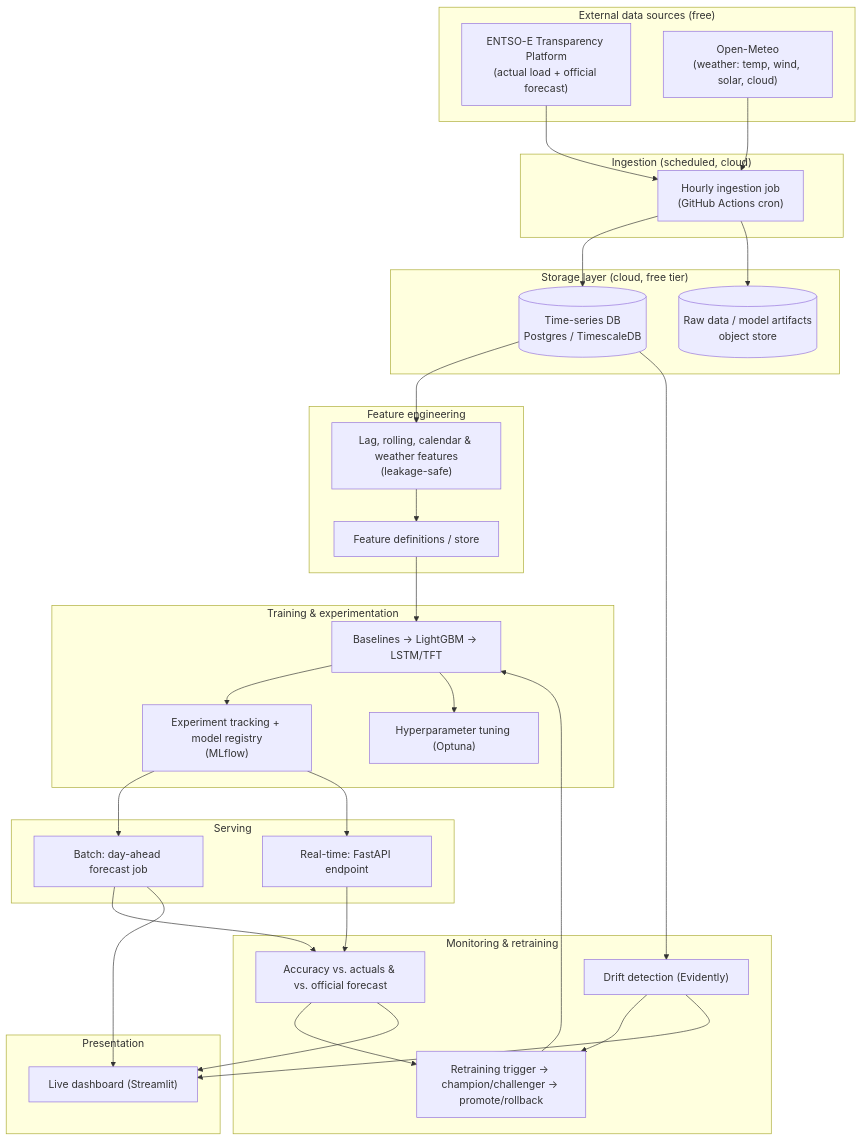
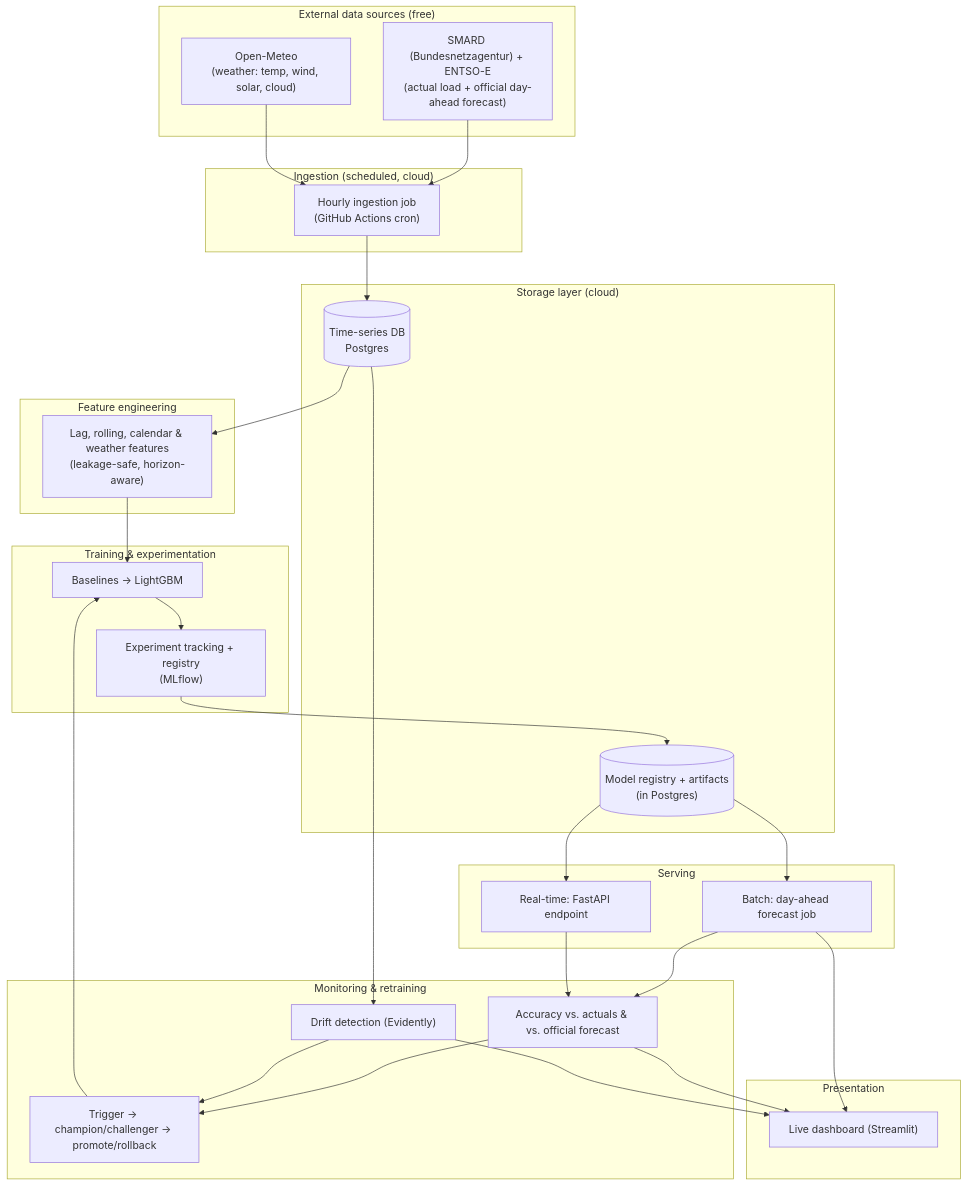
The diagram in README.md (laabidi-ahmed-ai/germany-electricity-load-forecasting-mlops), drawn with Mermaid before and after one commit. The commit also changed other lines of this file, not shown here.

````diff
--- a/README.md
+++ b/README.md
@@ -87,63 +75,59 @@
 ```mermaid
 flowchart TD
     subgraph Sources["External data sources (free)"]
-        A1["ENTSO-E Transparency Platform<br/>(actual load + official forecast)"]
+        A1["SMARD (Bundesnetzagentur) + ENTSO-E<br/>(actual load + official day-ahead forecast)"]
         A2["Open-Meteo<br/>(weather: temp, wind, solar, cloud)"]
     end
 
     subgraph Ingestion["Ingestion (scheduled, cloud)"]
         B1["Hourly ingestion job<br/>(GitHub Actions cron)"]
     end
 
-    subgraph Storage["Storage layer (cloud, free tier)"]
-        C1[("Time-series DB<br/>Postgres / TimescaleDB")]
-        C2[("Raw data / model artifacts<br/>object store")]
+    subgraph Storage["Storage layer (cloud)"]
+        C1[("Time-series DB<br/>Postgres")]
+        C2[("Model registry + artifacts<br/>(in Postgres)")]
     end
 
     subgraph Features["Feature engineering"]
-        D1["Lag, rolling, calendar & weather features<br/>(leakage-safe)"]
-        D2["Feature definitions / store"]
+        D1["Lag, rolling, calendar & weather features<br/>(leakage-safe, horizon-aware)"]
     end
 
     subgraph Training["Training & experimentation"]
-        E1["Baselines → LightGBM → LSTM/TFT"]
-        E2["Experiment tracking + model registry<br/>(MLflow)"]
-        E3["Hyperparameter tuning (Optuna)"]
+        E1["Baselines → LightGBM"]
+        E2["Experiment tracking + registry<br/>(MLflow)"]
     end
 
     subgraph Serving["Serving"]
         F1["Batch: day-ahead forecast job"]
         F2["Real-time: FastAPI endpoint"]
     end
 
     subgraph Ops["Monitoring & retraining"]
         G1["Accuracy vs. actuals & vs. official forecast"]
         G2["Drift detection (Evidently)"]
-        G3["Retraining trigger → champion/challenger → promote/rollback"]
+        G3["Trigger → champion/challenger → promote/rollback"]
     end
 
     subgraph UI["Presentation"]
         H1["Live dashboard (Streamlit)"]
     end
 
     A1 --> B1
     A2 --> B1
     B1 --> C1
-    B1 --> C2
     C1 --> D1
-    D1 --> D2
-    D2 --> E1
+    D1 --> E1
     E1 --> E2
-    E1 --> E3
-    E2 --> F1
-    E2 --> F2
+    E2 --> C2
+    C2 --> F1
+    C2 --> F2
     F1 --> G1
     F2 --> G1
     C1 --> G2
     G1 --> G3
     G2 --> G3
     G3 --> E1
     G1 --> H1
     G2 --> H1
     F1 --> H1
 ```
````
